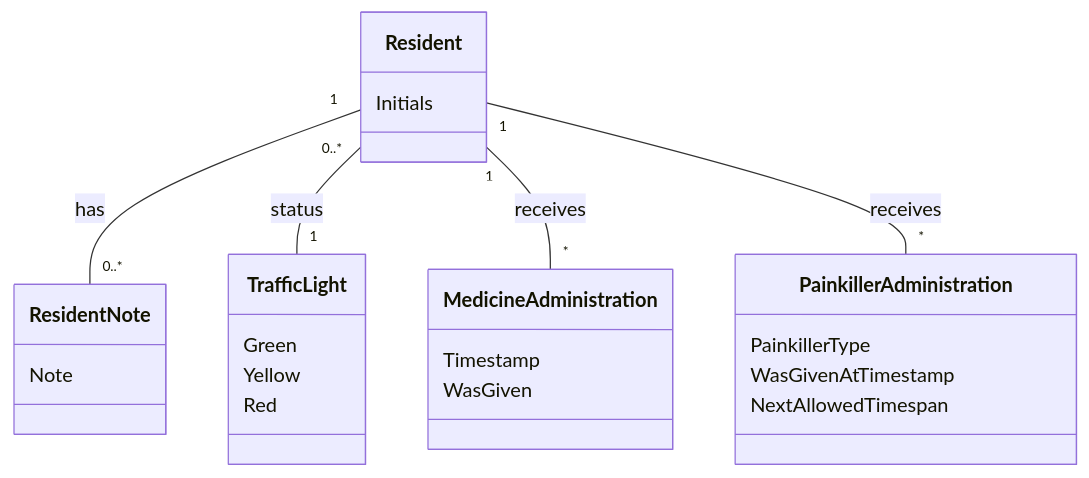
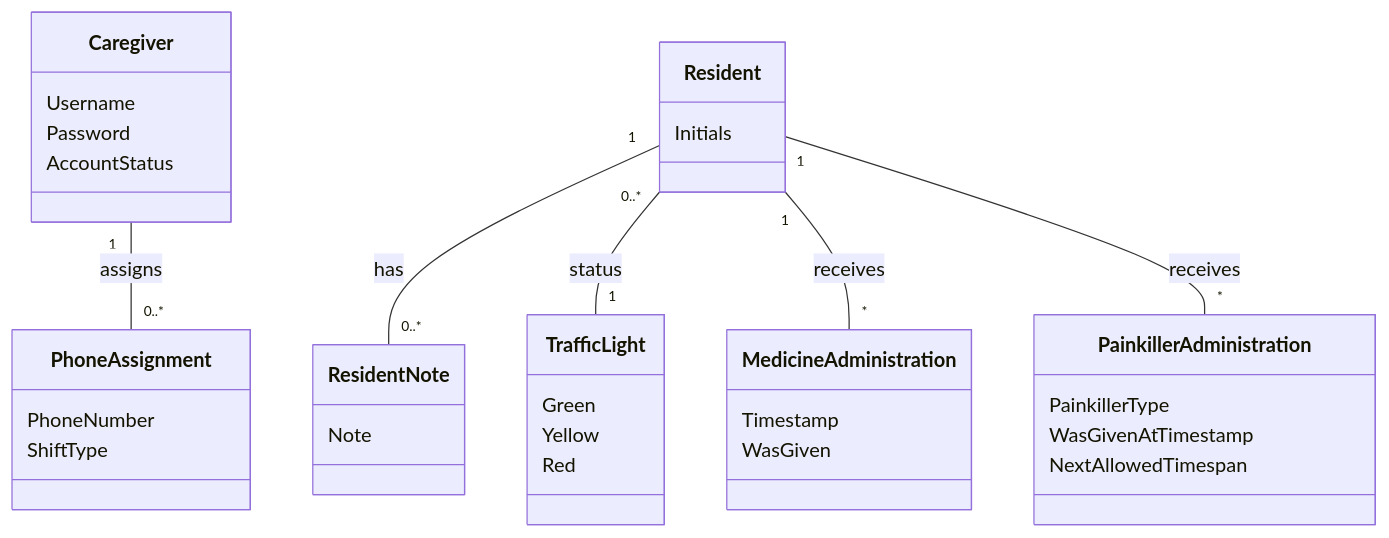
Before and after one commit to Tirsvad/DMOoF25-Team6.Slottets-Drifttavlen: the diagram in docs/dm.md, drawn with Mermaid. The commit also changed other lines of this file and 3 other files, not shown here.

````diff
--- a/docs/dm.md
+++ b/docs/dm.md
@@ -15,28 +16,38 @@
 ```mermaid
 %% Domain Model Diagram for Slottets Drifttavlen
 classDiagram
+    class Caregiver {
+        Username
+        Password
+        AccountStatus
+    }
     class Resident {
         Initials
     }
     class ResidentNote {
         Note
     }
     class TrafficLight {
         Green
         Yellow
         Red
     }
     class MedicineAdministration {
         Timestamp
         WasGiven
     }
     class PainkillerAdministration {
         PainkillerType
         WasGivenAtTimestamp
         NextAllowedTimespan
     }
+    class PhoneAssignment {
+        PhoneNumber
+        ShiftType
+    }
     Resident "1" -- "0..*" ResidentNote : has
     Resident "0..*" -- "1" TrafficLight : status
     Resident "1" -- "*" MedicineAdministration : receives
     Resident "1" -- "*" PainkillerAdministration : receives
+    Caregiver "1" -- "0..*" PhoneAssignment : assigns
 ```
````
